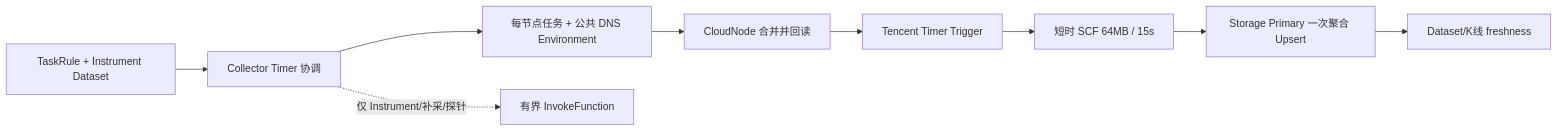
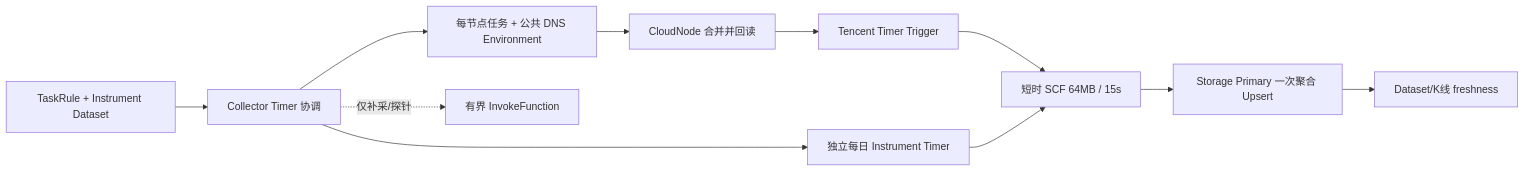
One commit to mooyang-code/moox changed the diagram in docs/采集任务管理.md. Above: the diagram before and after it, drawn with Mermaid. The commit also changed other lines of this file and 60 other files, not shown here.

First line of the commit message:
feat(collector): complete stock cn multi-provider SCF rollout

````diff
--- a/docs/采集任务管理.md
+++ b/docs/采集任务管理.md
@@ -55,11 +55,13 @@
 ```mermaid
 flowchart LR
   Rule["TaskRule + Instrument Dataset"] --> Collector["Collector Timer 协调"]
   Collector --> Env["每节点任务 + 公共 DNS Environment"]
   Env --> CloudNode["CloudNode 合并并回读"]
   CloudNode --> Trigger["Tencent Timer Trigger"]
   Trigger --> SCF["短时 SCF 64MB / 15s"]
   SCF --> Storage["Storage Primary 一次聚合 Upsert"]
   Storage --> Monitor["Dataset/K线 freshness"]
-  Collector -. "仅 Instrument/补采/探针" .-> Invoke["有界 InvokeFunction"]
+  Collector -. "仅补采/探针" .-> Invoke["有界 InvokeFunction"]
+  Collector --> InstrumentTimer["独立每日 Instrument Timer"]
+  InstrumentTimer --> SCF
 ```
````
